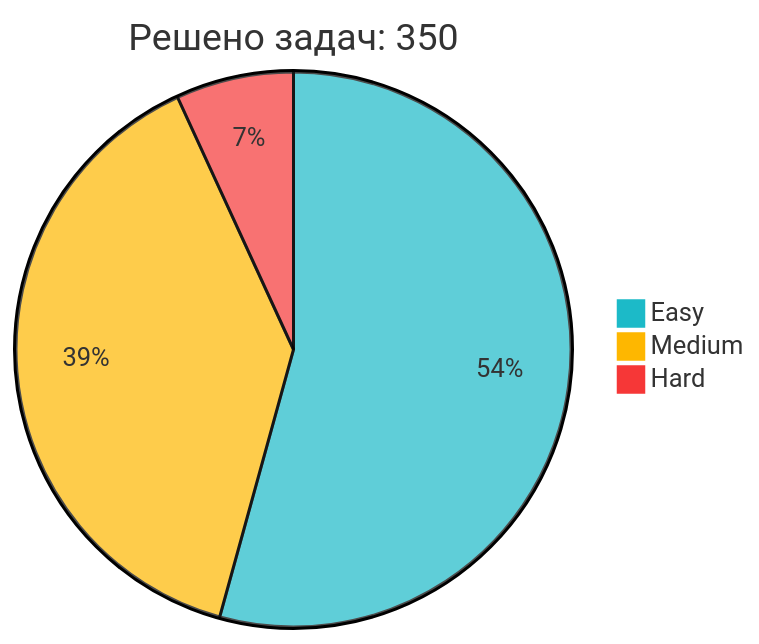
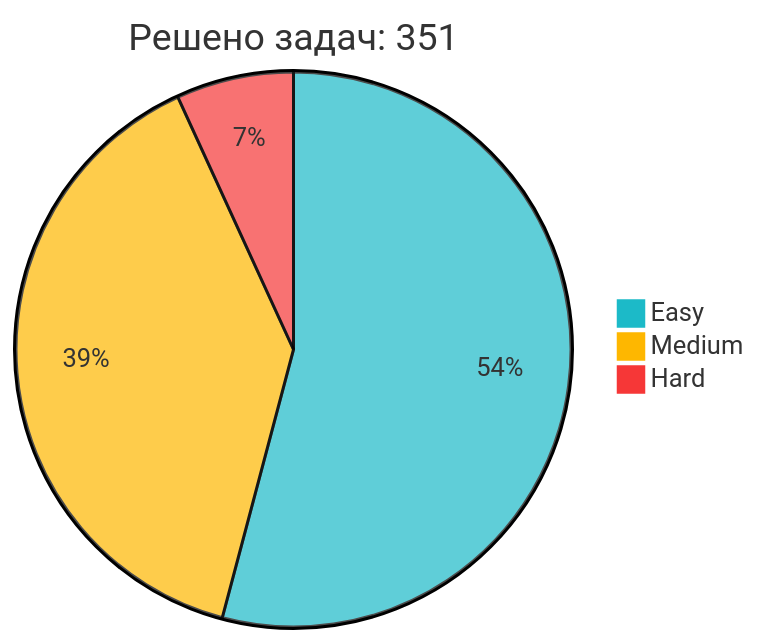
Before and after one commit to IliaKurdukov/IliaKurdukov: the diagram in README.md, drawn with Mermaid. The commit also changed other lines of this file, not shown here.

Commit message:
📈 Обновление статистики LeetCode

````diff
--- a/README.md
+++ b/README.md
@@ -51,7 +51,7 @@
 ```mermaid
 %%{init: {'theme': 'base', 'themeVariables': { 'pie1': '#1CBAC8', 'pie2': '#FEB700', 'pie3': '#F63737' }, 'config': {'width': 300, 'height': 200}}}%%
-pie title Решено задач: 350
+pie title Решено задач: 351
    "Easy" : 190
-   "Medium" : 136
+   "Medium" : 137
    "Hard" : 24
 ```
````
